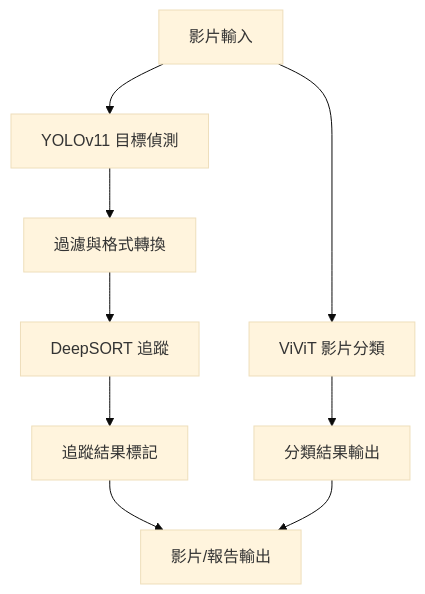
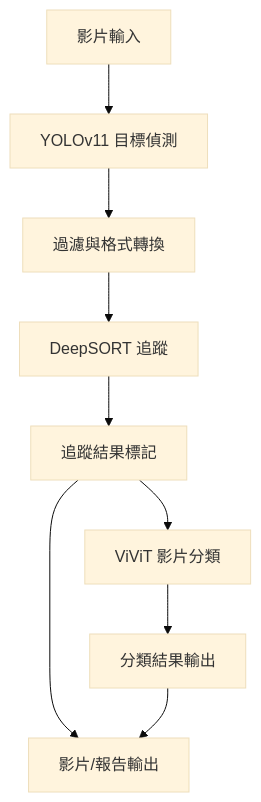
One commit to yaya0719/Cat-State-Detection changed the diagram in README.md. Above: the diagram before and after it, drawn with Mermaid (base theme).

````diff
--- a/README.md
+++ b/README.md
@@ -45,11 +45,11 @@
 ```mermaid
 flowchart TD
     A[影片輸入] --> B[YOLOv11 目標偵測]
     B --> C[過濾與格式轉換]
     C --> D[DeepSORT 追蹤]
     D --> E[追蹤結果標記]
-    A --> F[ViViT 影片分類]
+    E --> F[ViViT 影片分類]
     F --> G[分類結果輸出]
     E --> H[影片/報告輸出]
     G --> H
 ```
````
